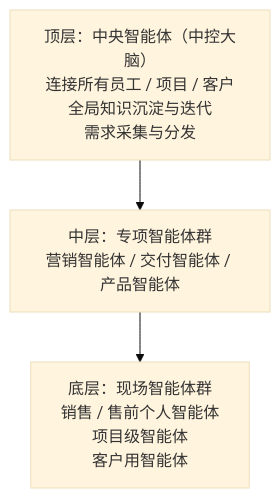
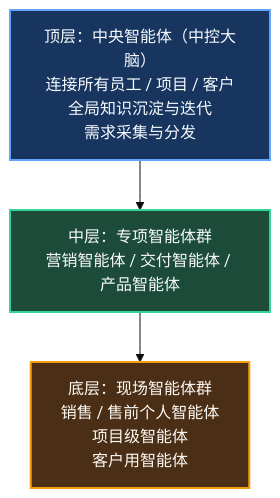
One commit to dony-hu/jerry-notes changed the first of 3 diagrams in posts/future-organization-and-operating-model-2026-03-23.md. Above: the diagram before and after it, drawn with Mermaid (base theme). The commit also changed other lines of this file, not shown here.

Commit message:
style: enhance mermaid hierarchy in future org post

````diff
--- a/posts/future-organization-and-operating-model-2026-03-23.md
+++ b/posts/future-organization-and-operating-model-2026-03-23.md
@@ -18,8 +18,16 @@
 ```mermaid
 flowchart TB
     A["顶层：中央智能体（中控大脑）<br/>连接所有员工 / 项目 / 客户<br/>全局知识沉淀与迭代<br/>需求采集与分发"]
     B["中层：专项智能体群<br/>营销智能体 / 交付智能体 / 产品智能体"]
     C["底层：现场智能体群<br/>销售 / 售前个人智能体<br/>项目级智能体<br/>客户用智能体"]
 
     A --> B --> C
+
+    classDef top fill:#17355f,stroke:#60a5fa,color:#f8fbff,stroke-width:2px;
+    classDef middle fill:#1d4b3a,stroke:#34d399,color:#f8fbff,stroke-width:2px;
+    classDef bottom fill:#4a2f16,stroke:#f59e0b,color:#fffaf5,stroke-width:2px;
+
+    class A top;
+    class B middle;
+    class C bottom;
 ```
````
